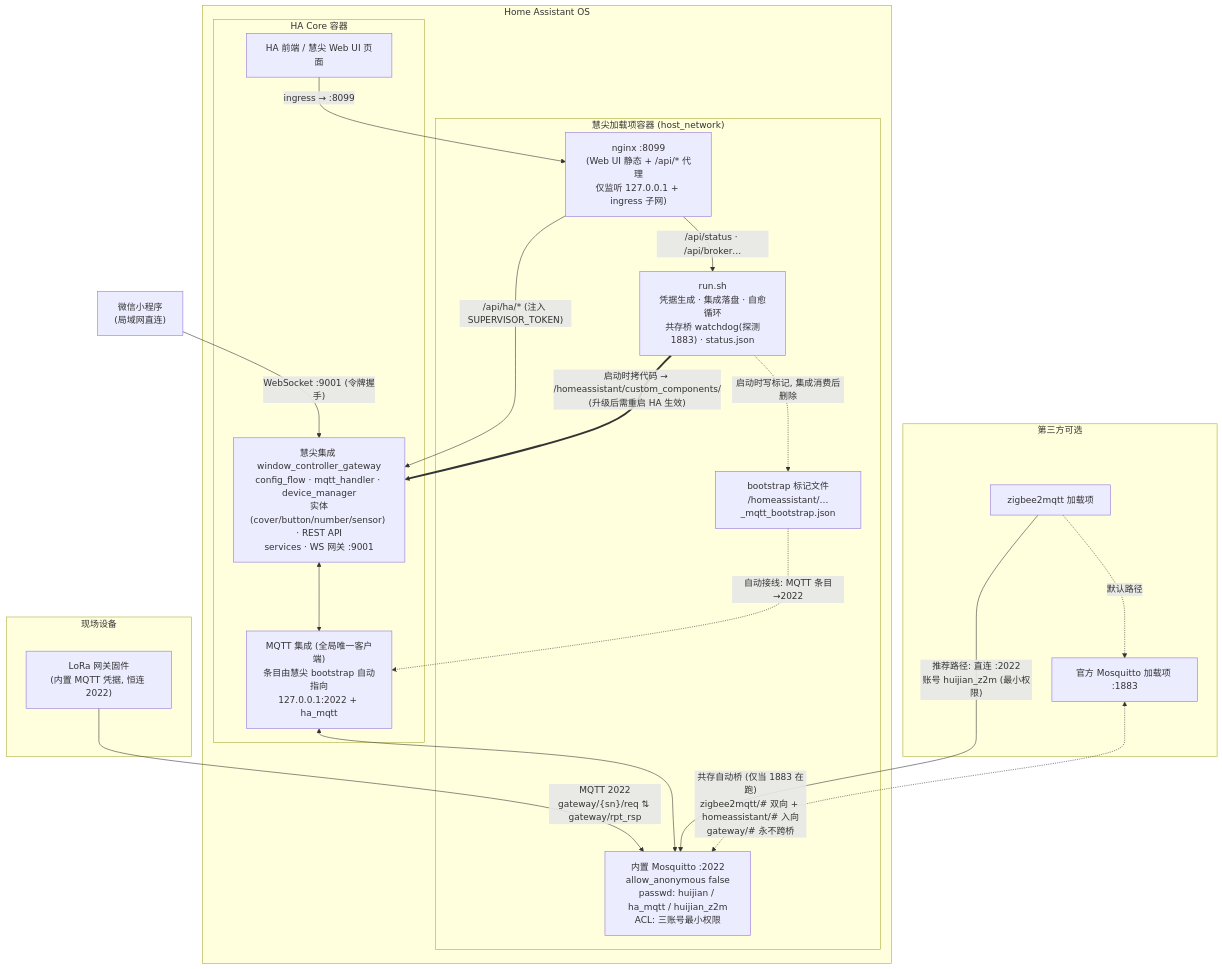
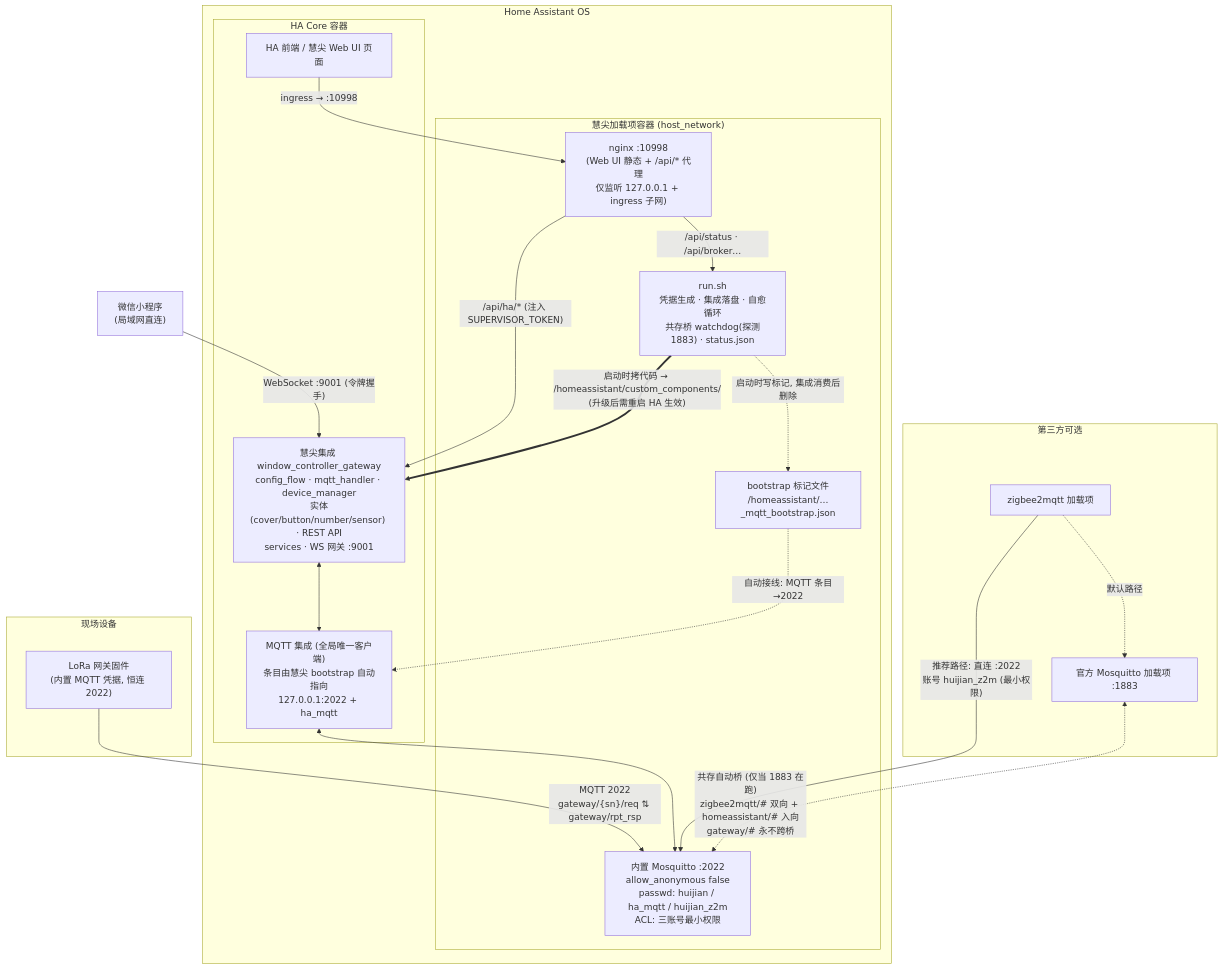
One commit to fangwenyi-dev/ha-gateway-plugin changed the diagram in huijian_mqtt_broker/ARCHITECTURE.md. Above: the diagram before and after it, drawn with Mermaid. The commit also changed other lines of this file and 15 other files, not shown here.

````diff
--- a/huijian_mqtt_broker/ARCHITECTURE.md
+++ b/huijian_mqtt_broker/ARCHITECTURE.md
@@ -7,43 +7,43 @@
 ```mermaid
 flowchart TB
     subgraph 现场设备
         FW["LoRa 网关固件<br/>(内置 MQTT 凭据, 恒连 2022)"]
     end
 
     subgraph HAOS["Home Assistant OS"]
         subgraph ADDON["慧尖加载项容器 (host_network)"]
             BROKER["内置 Mosquitto :2022<br/>allow_anonymous false<br/>passwd: huijian / ha_mqtt / huijian_z2m<br/>ACL: 三账号最小权限"]
-            NGINX["nginx :8099<br/>(Web UI 静态 + /api/* 代理<br/>仅监听 127.0.0.1 + ingress 子网)"]
+            NGINX["nginx :10998<br/>(Web UI 静态 + /api/* 代理<br/>仅监听 127.0.0.1 + ingress 子网)"]
             RUNSH["run.sh<br/>凭据生成 · 集成落盘 · 自愈循环<br/>共存桥 watchdog(探测1883) · status.json"]
             BOOT["bootstrap 标记文件<br/>/homeassistant/…_mqtt_bootstrap.json"]
         end
 
         subgraph CORE["HA Core 容器"]
             MQTTINT["MQTT 集成 (全局唯一客户端)<br/>条目由慧尖 bootstrap 自动指向<br/>127.0.0.1:2022 + ha_mqtt"]
             INTEG["慧尖集成 window_controller_gateway<br/>config_flow · mqtt_handler · device_manager<br/>实体(cover/button/number/sensor) · REST API<br/>services · WS 网关 :9001"]
             UI["HA 前端 / 慧尖 Web UI 页面"]
         end
     end
 
     subgraph 第三方可选
         Z2M["zigbee2mqtt 加载项"]
         OFFICIAL["官方 Mosquitto 加载项 :1883"]
     end
 
     MP["微信小程序<br/>(局域网直连)"]
 
     FW -- "MQTT 2022<br/>gateway/{sn}/req ⇅ gateway/rpt_rsp" --> BROKER
     MQTTINT <--> BROKER
     INTEG <--> MQTTINT
-    UI -- "ingress → :8099" --> NGINX
+    UI -- "ingress → :10998" --> NGINX
     NGINX -- "/api/ha/* (注入 SUPERVISOR_TOKEN)" --> INTEG
     NGINX -- "/api/status · /api/broker…" --> RUNSH
     MP -- "WebSocket :9001 (令牌握手)" --> INTEG
     RUNSH -. "启动时写标记, 集成消费后删除" .-> BOOT
     BOOT -. "自动接线: MQTT 条目→2022" .-> MQTTINT
     RUNSH == "启动时拷代码 → /homeassistant/custom_components/<br/>(升级后需重启 HA 生效)" ==> INTEG
 
     Z2M -- "推荐路径: 直连 :2022<br/>账号 huijian_z2m (最小权限)" --> BROKER
     Z2M -. "默认路径" .-> OFFICIAL
     OFFICIAL <-. "共存自动桥 (仅当 1883 在跑)<br/>zigbee2mqtt/# 双向 + homeassistant/# 入向<br/>gateway/# 永不跨桥" .-> BROKER
 ```
````
